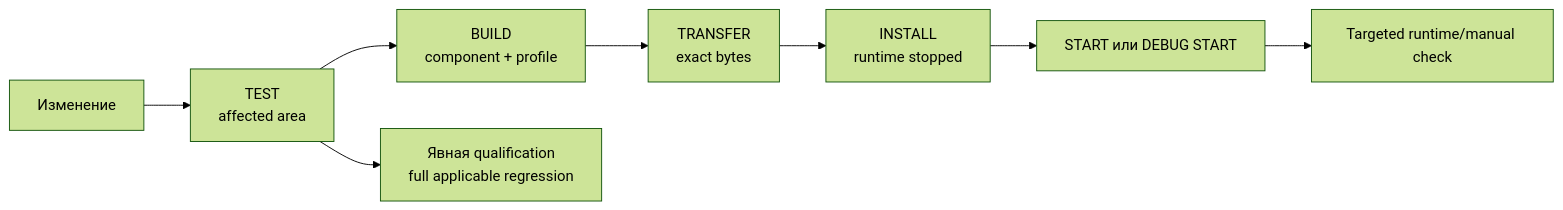
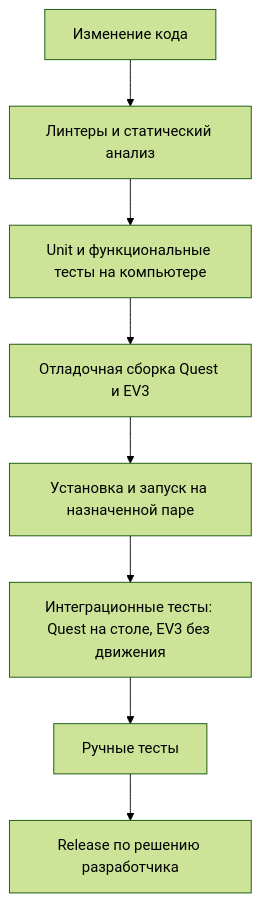
The diagram in docs/engineering.md (sirejik/phantom), drawn with Mermaid (forest theme) before and after one commit. The commit also changed other lines of this file and 117 other files, not shown here.

````diff
--- a/docs/engineering.md
+++ b/docs/engineering.md
@@ -149,10 +156,10 @@
 ```mermaid
-flowchart LR
-  Change[Изменение] --> Test[TEST<br/>affected area]
-  Test --> Build[BUILD<br/>component + profile]
-  Build --> Transfer[TRANSFER<br/>exact bytes]
-  Transfer --> Install[INSTALL<br/>runtime stopped]
-  Install --> Start[START или DEBUG START]
-  Start --> Verify[Targeted runtime/manual check]
-  Test --> Qualify[Явная qualification<br/>full applicable regression]
+flowchart TD
+  C[Изменение кода] --> L[Линтеры и статический анализ]
+  L --> U[Unit и функциональные тесты на компьютере]
+  U --> B[Отладочная сборка Quest и EV3]
+  B --> D[Установка и запуск на назначенной паре]
+  D --> I[Интеграционные тесты: Quest на столе, EV3 без движения]
+  I --> M[Ручные тесты]
+  M --> R[Release по решению разработчика]
 ```
````
